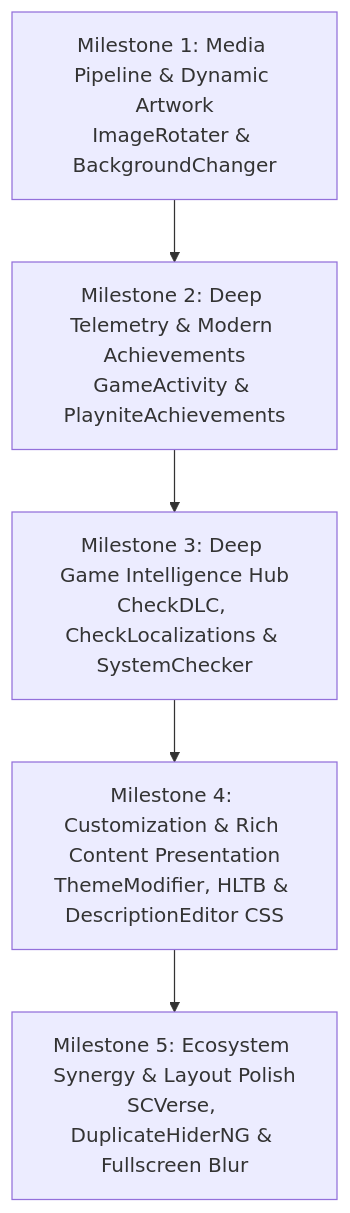
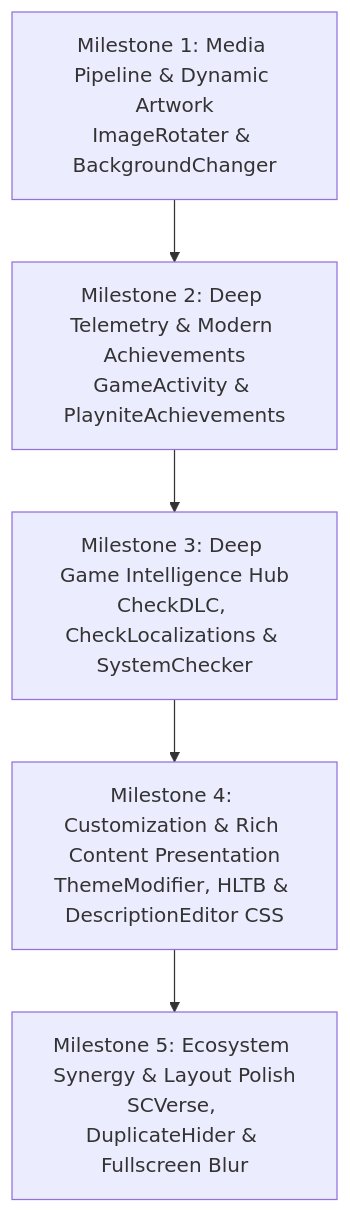
Before and after one commit to gOOvER/Penumbra-Themes: the diagram in ROADMAP.md, drawn with Mermaid. The commit also changed other lines of this file and 32 other files, not shown here.

````diff
--- a/ROADMAP.md
+++ b/ROADMAP.md
@@ -9,7 +9,7 @@
 ```mermaid
 flowchart TD
     M1[Milestone 1: Media Pipeline & Dynamic Artwork<br/>ImageRotater & BackgroundChanger] --> M2[Milestone 2: Deep Telemetry & Modern Achievements<br/>GameActivity & PlayniteAchievements]
     M2 --> M3[Milestone 3: Deep Game Intelligence Hub<br/>CheckDLC, CheckLocalizations & SystemChecker]
     M3 --> M4[Milestone 4: Customization & Rich Content Presentation<br/>ThemeModifier, HLTB & DescriptionEditor CSS]
-    M4 --> M5[Milestone 5: Ecosystem Synergy & Layout Polish<br/>SCVerse, DuplicateHiderNG & Fullscreen Blur]
+    M4 --> M5[Milestone 5: Ecosystem Synergy & Layout Polish<br/>SCVerse, DuplicateHider & Fullscreen Blur]
 ```
````
